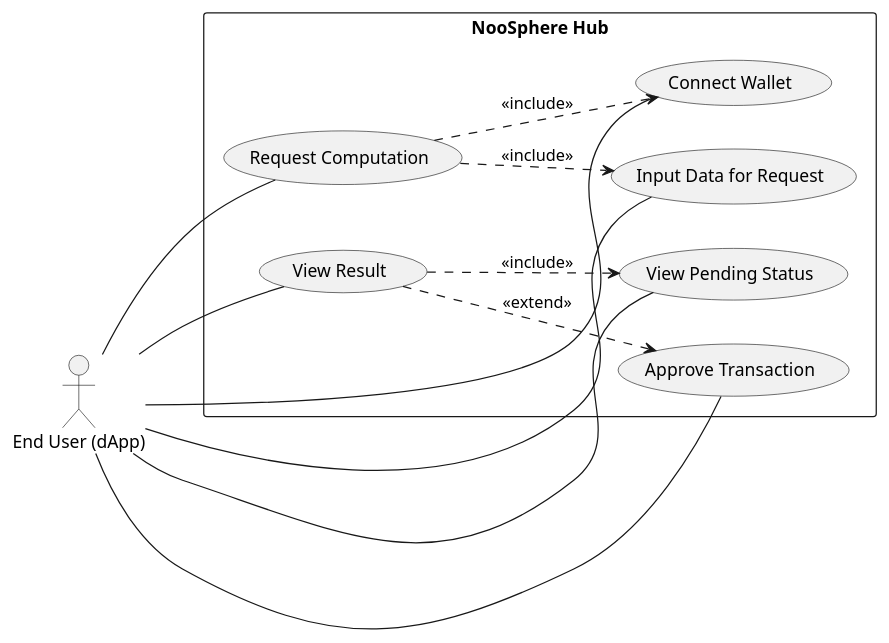
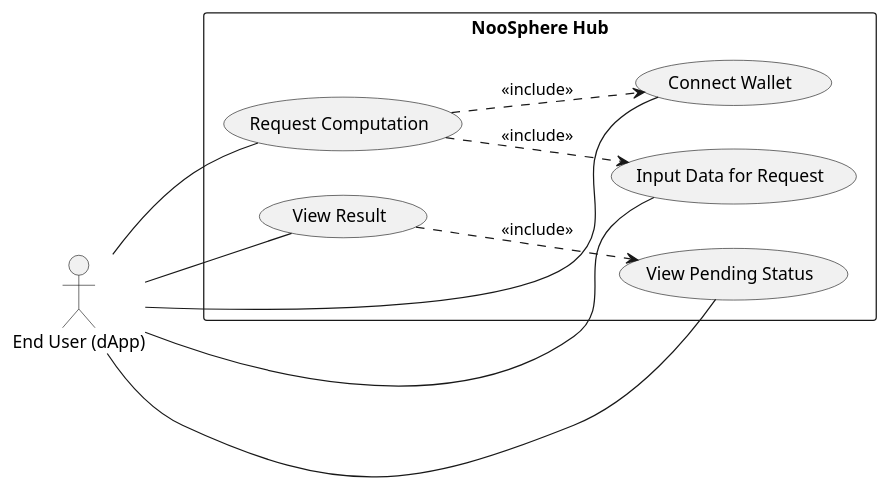
One commit to hpp-io/noosphere changed the diagram in NooSphere_Use_Case_1.puml. Above: the diagram before and after it, drawn with PlantUML. The commit also changed 1 other file, not shown here.

Commit message:
HPP-14, HPP-1 added use case diagram

```diff
--- a/NooSphere_Use_Case_1.puml
+++ b/NooSphere_Use_Case_1.puml
@@ -1,26 +1,27 @@
 @startuml
 left to right direction
 
 actor "End User (dApp)" as User
 
 rectangle "NooSphere Hub" {
   usecase "Connect Wallet" as UC_CONNECT
   usecase "Input Data for Request" as UC_INPUT
   usecase "Request Computation" as UC_REQ_COMPUTE
   usecase "View Pending Status" as UC_PENDING
   usecase "View Result" as UC_RESULT
-  usecase "Approve Transaction" as UC_APPROVE
+'  usecase "Approve Transaction" as UC_APPROVE
 }
 
 User -- UC_CONNECT
 User -- UC_INPUT
 User -- UC_REQ_COMPUTE
 User -- UC_PENDING
 User -- UC_RESULT
-User -- UC_APPROVE
+'User -- UC_APPROVE
 
 UC_REQ_COMPUTE ..> UC_CONNECT : <<include>>
 UC_REQ_COMPUTE ..> UC_INPUT : <<include>>
 UC_RESULT ..> UC_PENDING : <<include>>
-UC_RESULT ..> UC_APPROVE : <<extend>>
+'UC_RESULT ..> UC_APPROVE : <<extend>>
+
 @enduml
```
